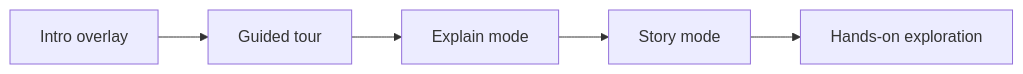
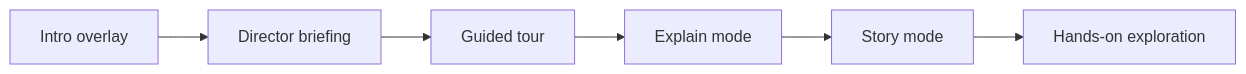
One commit to jlov7/agent-director changed the diagram in docs/ux.md. Above: the diagram before and after it, drawn with Mermaid. The commit also changed other lines of this file and 29 other files, not shown here.

Commit message:
feat(ux): add director briefing hero and journey tasks

````diff
--- a/docs/ux.md
+++ b/docs/ux.md
@@ -28,7 +29,8 @@
 ```mermaid
 flowchart LR
-  A[Intro overlay] --> B[Guided tour]
-  B --> C[Explain mode]
-  C --> D[Story mode]
-  D --> E[Hands-on exploration]
+  A[Intro overlay] --> B[Director briefing]
+  B --> C[Guided tour]
+  C --> D[Explain mode]
+  D --> E[Story mode]
+  E --> F[Hands-on exploration]
 ```
````
